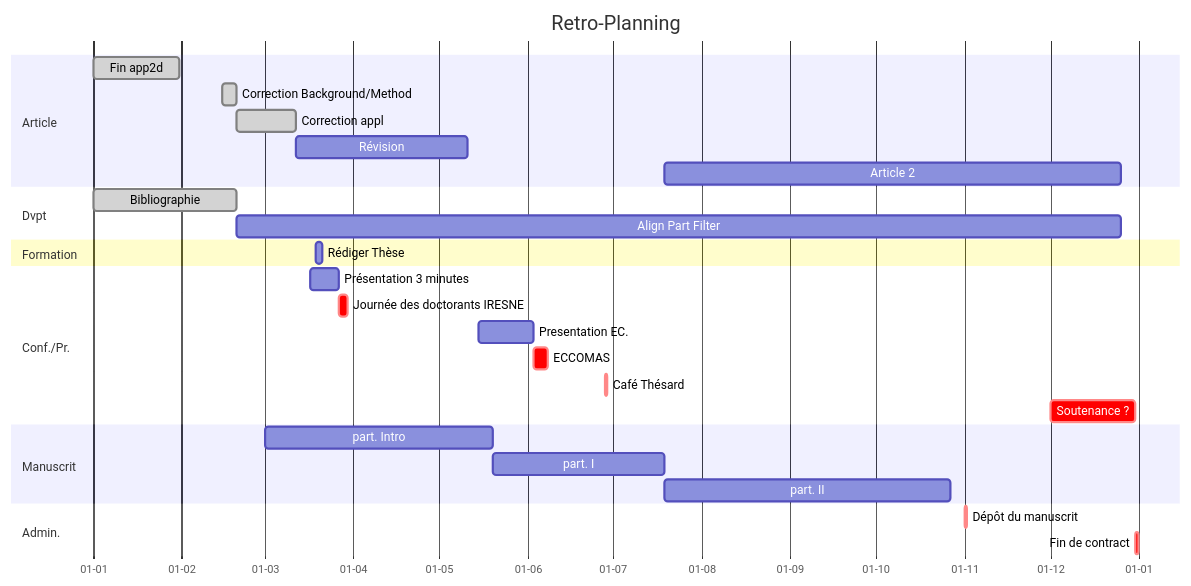
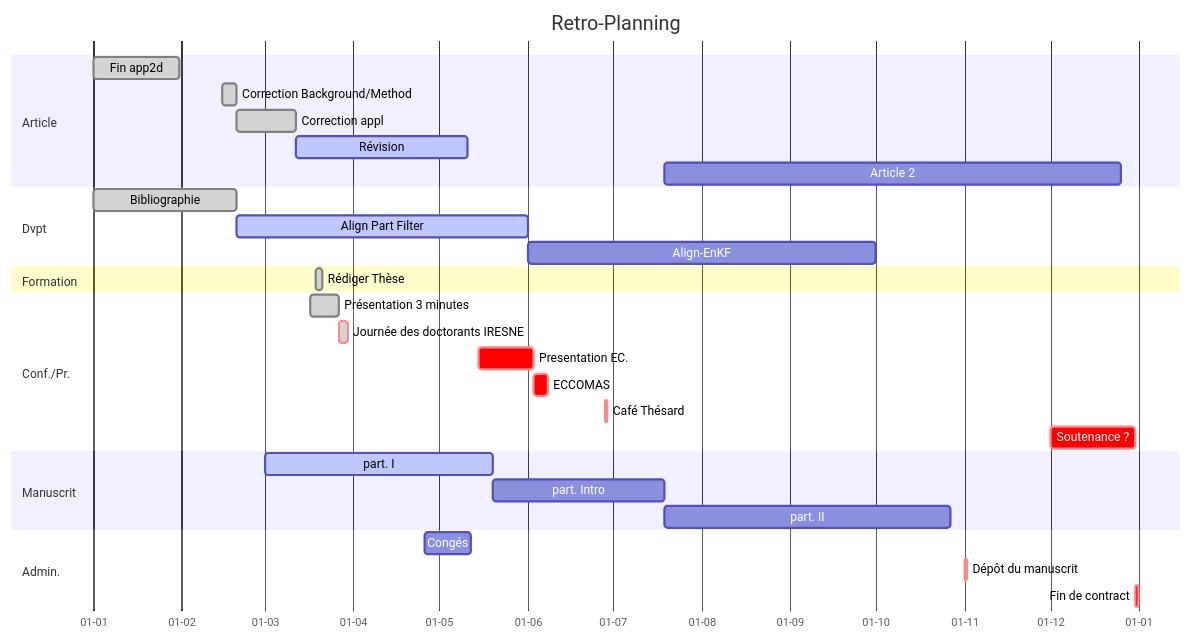
One commit to marius-duvillard/mar-dvd-thesis changed the diagram in organisation/reverse_planning.mmd. Above: the diagram before and after it, drawn with Mermaid. The commit also changed 3 other files, not shown here.

```diff
--- a/organisation/reverse_planning.mmd
+++ b/organisation/reverse_planning.mmd
@@ -1,31 +1,35 @@
 
 gantt
     title Retro-Planning
     dateFormat DD-MM-YYYY
     axisFormat %d-%m
     section Article
         Fin app2d: done, a0, 01-01-2024,30d
         Correction Background/Method: done,a1, 15-02-2024, 5d
         Correction appl:done,a2,after a1, 21d
-        Révision: after a2, 60d
+        Révision: active, after a2, 60d
         Article 2: after a5, 160d 
 
     section Dvpt  
         Bibliographie: done,d1, 01-01-2024, 20-02-2024
-        Align Part Filter: after d1, 310d
+        Align Part Filter: active, d2,after d1, 01-06-2024
+        Align-EnKF: after d2, 01-10-2024
+
     section Formation
-        Rédiger Thèse: f1, 19-03-2024,21-03-2024
+        Rédiger Thèse: done, f1, 19-03-2024,21-03-2024
+
     section Conf./Pr.
-        Présentation 3 minutes: p1, 17-03-2024, 10d
-        Journée des doctorants IRESNE:crit, after p1, 27-03-2024, 3d
-        Presentation EC.: p3, 15-05-2024, 03-06-2024
+        Présentation 3 minutes: done, p1, 17-03-2024, 10d
+        Journée des doctorants IRESNE:done, crit, after p1, 27-03-2024, 3d
+        Presentation EC.: crit, p3, 15-05-2024, 03-06-2024
         ECCOMAS: crit, 03-06-2024, 5d
         Café Thésard: crit, 28-06-2024, 1d
         Soutenance ?: crit, 01-12-2024, 31-12-2024
     section Manuscrit
-        part. Intro:a4, 01-03-2024, 80d
-        part. I: a5,after a4, 60d
+        part. I: active,a4, 01-03-2024, 80d
+        part. Intro: a5,after a4, 60d
         part. II: after a5, 100d
     section Admin.
+        Congés: &d1, 26-04-2024, 12-05-2024
         Dépôt du manuscrit: crit, 01-11-2024, 0.5d
         Fin de contract: crit, 31-12-2024,0.5d
```
